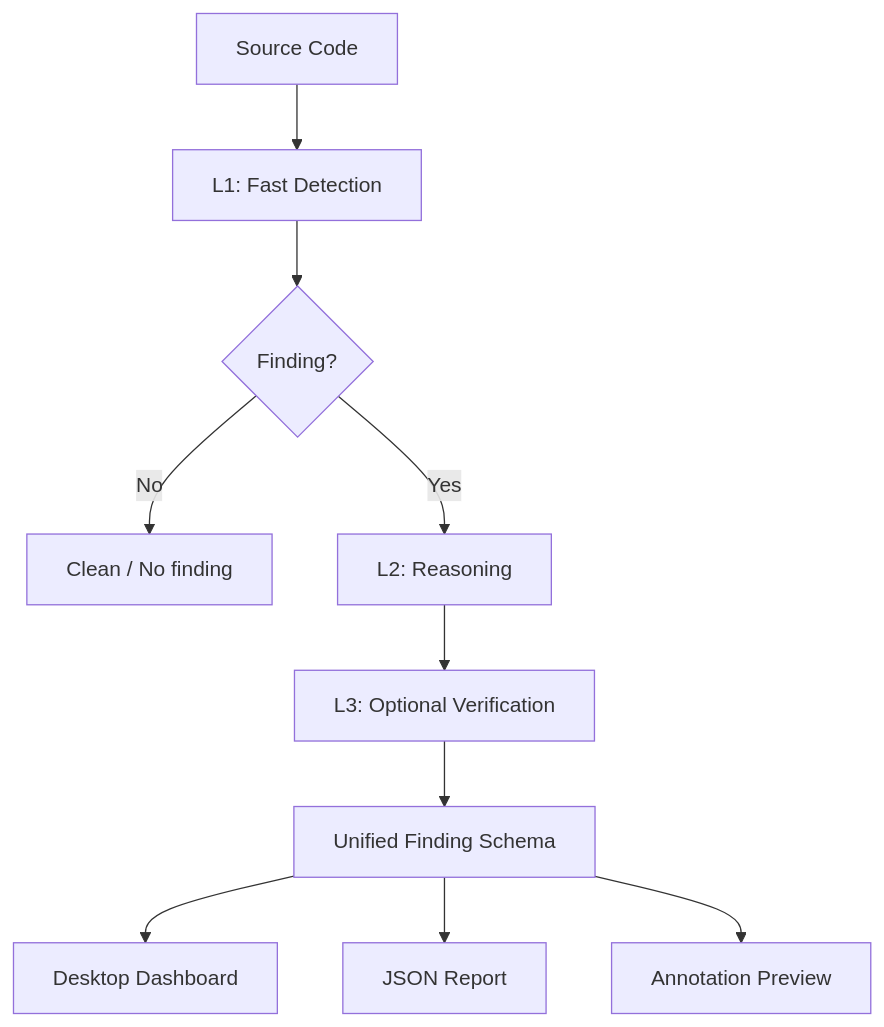
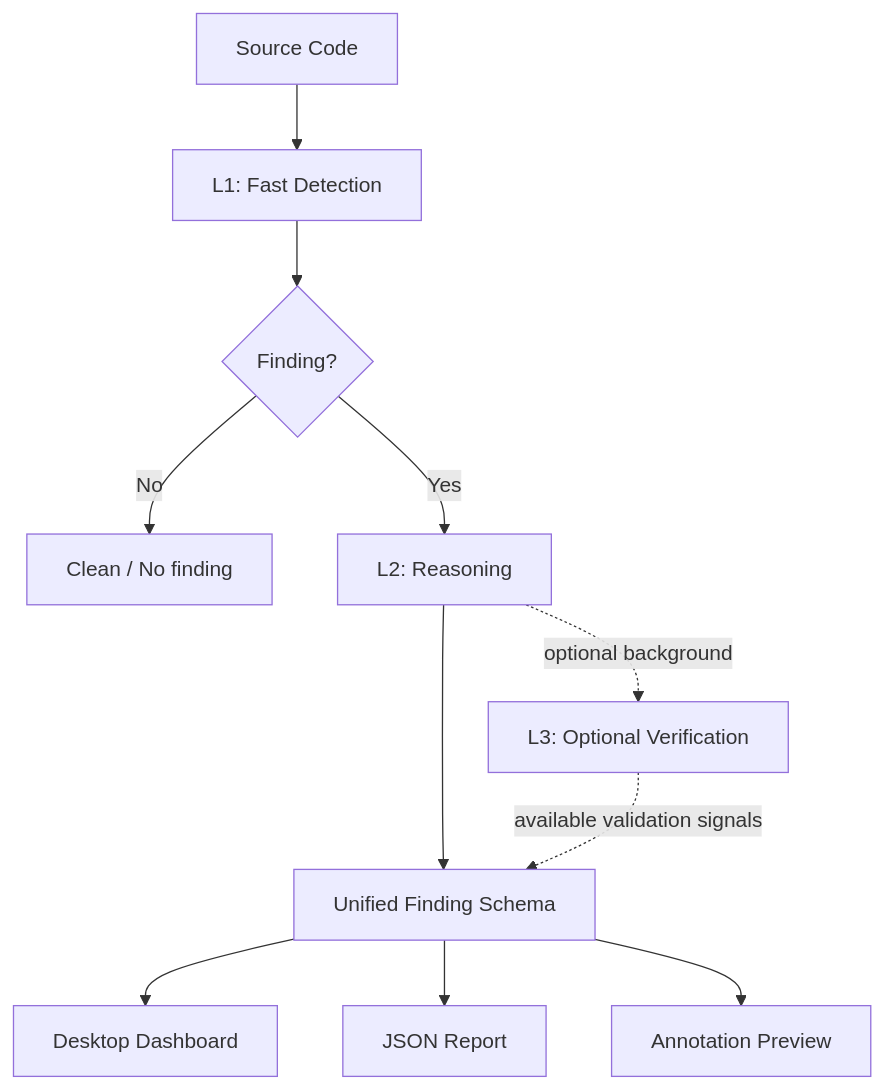
Before and after one commit to rasasoe/VSH: the fourth of 11 diagrams in README.md, drawn with Mermaid. The commit also changed other lines of this file and 15 other files, not shown here.

````diff
--- a/README.md
+++ b/README.md
@@ -160,12 +181,13 @@
 ```mermaid
 graph TD
     A[Source Code] --> B[L1: Fast Detection]
     B --> C{Finding?}
     C -- No --> Z[Clean / No finding]
     C -- Yes --> D[L2: Reasoning]
-    D --> E[L3: Optional Verification]
-    E --> F[Unified Finding Schema]
+    D --> F[Unified Finding Schema]
+    D -. optional background .-> E[L3: Optional Verification]
+    E -. available validation signals .-> F
     F --> G[Desktop Dashboard]
     F --> H[JSON Report]
     F --> I[Annotation Preview]
 ```
````
